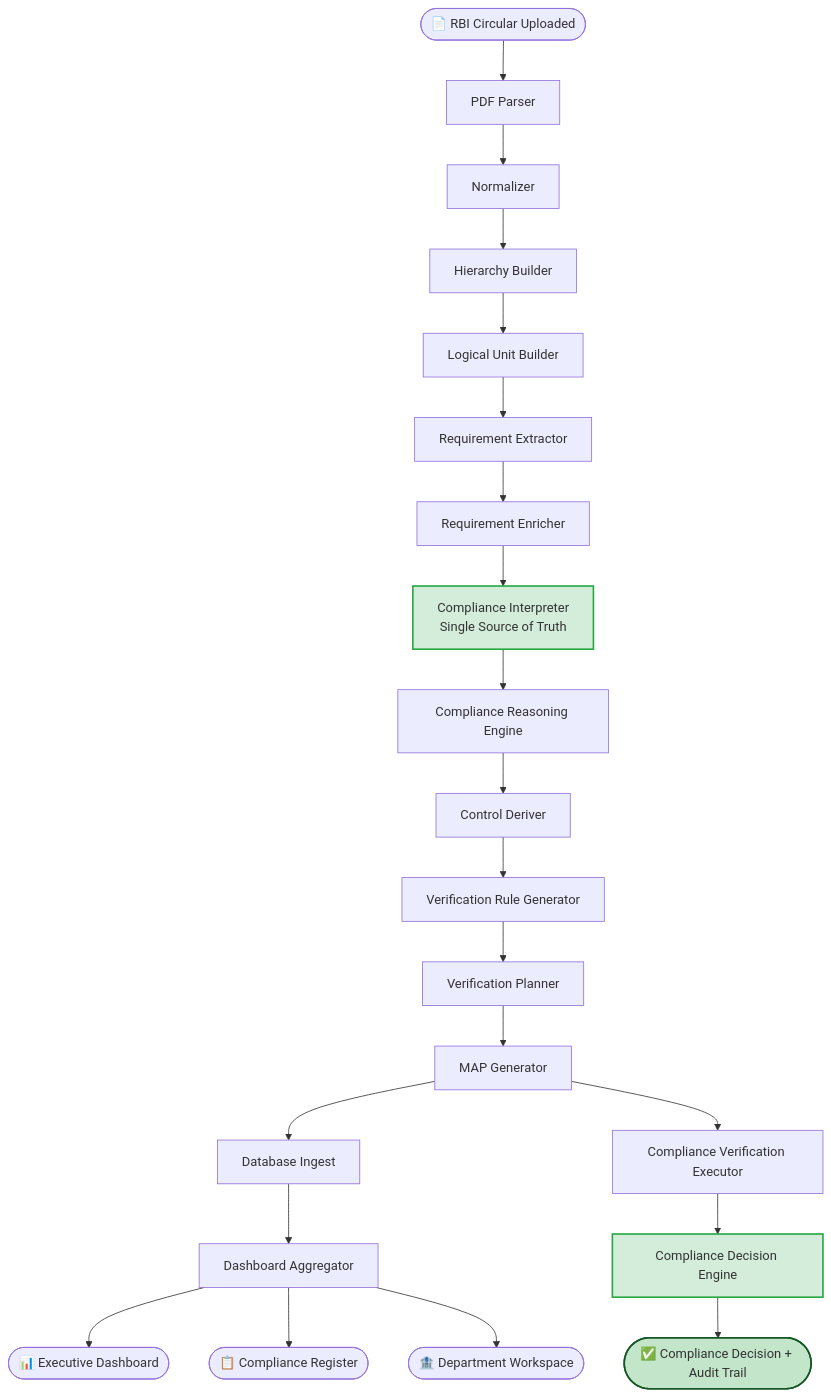
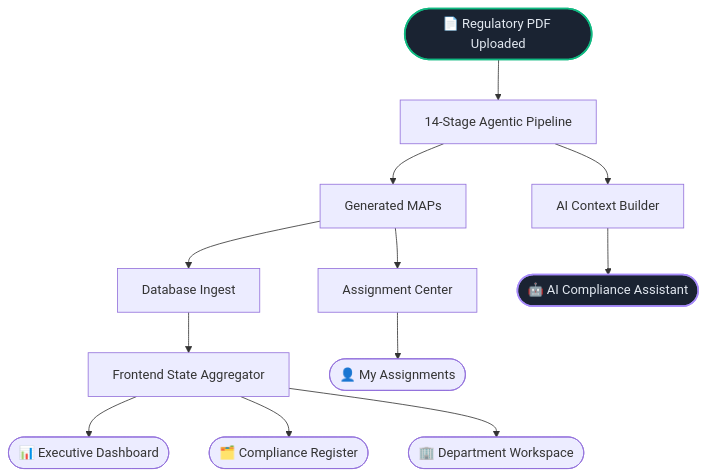
One commit to piyushsr-0708/RegIntelAI-V2 changed the diagram in README.md. Above: the diagram before and after it, drawn with Mermaid. The commit also changed other lines of this file and 7 other files, not shown here.

Commit message:
feat: finalize architecture, department workspace, and UI for hackathon

````diff
--- a/README.md
+++ b/README.md
@@ -108,29 +105,20 @@
 ```mermaid
 flowchart TD
-    A([📄 RBI Circular Uploaded]) --> B[PDF Parser]
-    B --> C[Normalizer]
-    C --> D[Hierarchy Builder]
-    D --> E[Logical Unit Builder]
-    E --> F[Requirement Extractor]
-    F --> G[Requirement Enricher]
-    G --> H[Compliance Interpreter\nSingle Source of Truth]
-    H --> I[Compliance Reasoning Engine]
-    I --> J[Control Deriver]
-    J --> K[Verification Rule Generator]
-    K --> L[Verification Planner]
-    L --> M[MAP Generator]
-    M --> N[Database Ingest]
-    N --> O[Dashboard Aggregator]
+    A([📄 Regulatory PDF Uploaded]) --> B[14-Stage Agentic Pipeline]
+    B --> C[Generated MAPs]
+    C --> D[Database Ingest]
+    D --> E[Frontend State Aggregator]
 
-    O --> P([📊 Executive Dashboard])
-    O --> Q([📋 Compliance Register])
-    O --> R([🏦 Department Workspace])
+    E --> F([📊 Executive Dashboard])
+    E --> G([🗂️ Compliance Register])
+    E --> H([🏢 Department Workspace])
 
-    M --> S[Compliance Verification Executor]
-    S --> T[Compliance Decision Engine]
-    T --> U([✅ Compliance Decision + Audit Trail])
+    C --> I[Assignment Center]
+    I --> J([👤 My Assignments])
 
-    style H fill:#d4edda,stroke:#28a745,stroke-width:2px
-    style T fill:#d4edda,stroke:#28a745,stroke-width:2px
-    style U fill:#c3e6cb,stroke:#155724,stroke-width:2px
+    B --> K[AI Context Builder]
+    K --> L([🤖 AI Compliance Assistant])
+
+    style A fill:#1a2332,stroke:#10b981,stroke-width:2px,color:#e2e8f0
+    style L fill:#1a2332,stroke:#a78bfa,stroke-width:2px,color:#e2e8f0
 ```
````
